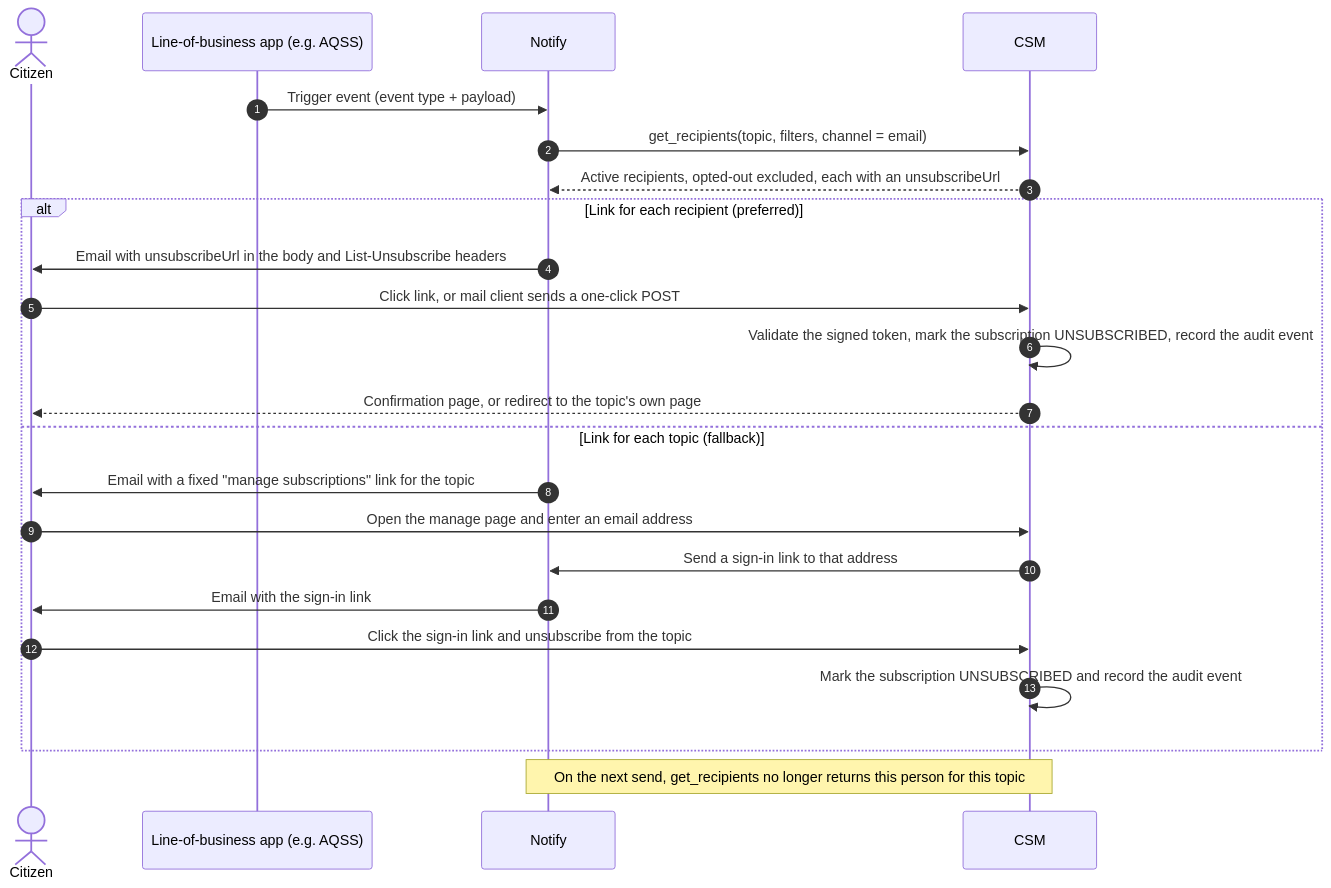
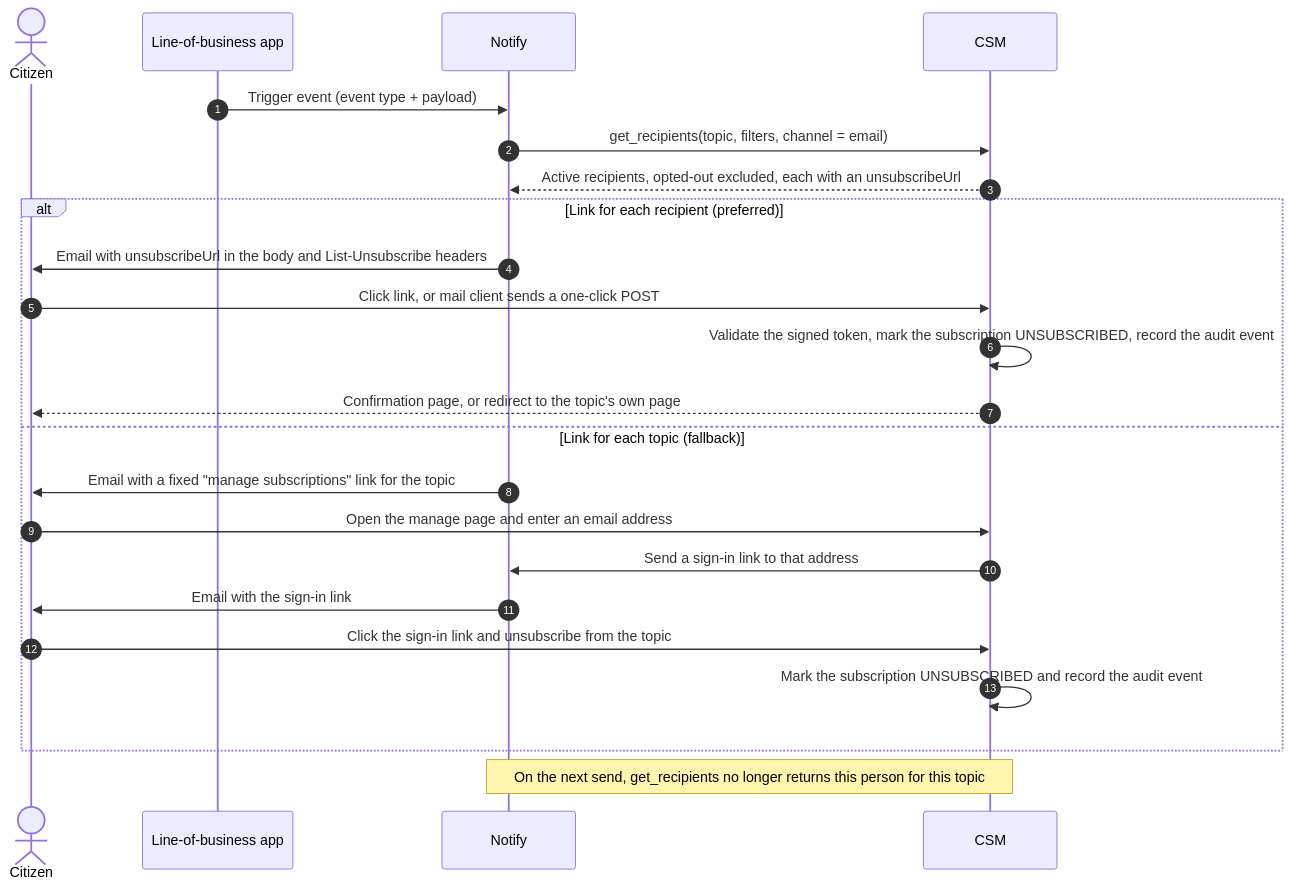
The fifth of 7 diagrams in README.md (bcgov/common-subscription-manager), drawn with Mermaid before and after one commit. The commit also changed other lines of this file and 2 other files, not shown here.

````diff
--- a/README.md
+++ b/README.md
@@ -68,28 +188,28 @@
 ```mermaid
 sequenceDiagram
     autonumber
     actor Citizen
-    participant LOB as Line-of-business app (e.g. AQSS)
+    participant LOB as Line-of-business app
     participant Notify
     participant CSM
 
     LOB->>Notify: Trigger event (event type + payload)
     Notify->>CSM: get_recipients(topic, filters, channel = email)
     CSM-->>Notify: Active recipients, opted-out excluded, each with an unsubscribeUrl
 
     alt Link for each recipient (preferred)
         Notify->>Citizen: Email with unsubscribeUrl in the body and List-Unsubscribe headers
         Citizen->>CSM: Click link, or mail client sends a one-click POST
         CSM->>CSM: Validate the signed token, mark the subscription UNSUBSCRIBED, record the audit event
         CSM-->>Citizen: Confirmation page, or redirect to the topic's own page
     else Link for each topic (fallback)
         Notify->>Citizen: Email with a fixed "manage subscriptions" link for the topic
         Citizen->>CSM: Open the manage page and enter an email address
         CSM->>Notify: Send a sign-in link to that address
         Notify->>Citizen: Email with the sign-in link
         Citizen->>CSM: Click the sign-in link and unsubscribe from the topic
         CSM->>CSM: Mark the subscription UNSUBSCRIBED and record the audit event
     end
 
     Note over Notify,CSM: On the next send, get_recipients no longer returns this person for this topic
 ```
````
